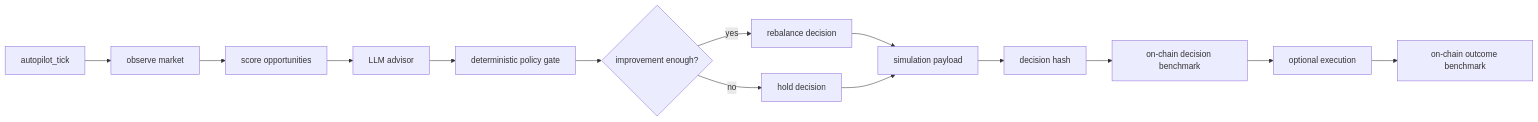
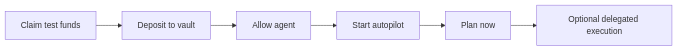
One commit to Gardenaz/agent changed the diagram in README.md. Above: the diagram before and after it, drawn with Mermaid. The commit also changed other lines of this file and 15 other files, not shown here.

First line of the commit message:
feat(autopilot): refactor to vault-native delegation model

````diff
--- a/README.md
+++ b/README.md
@@ -146,16 +46,8 @@
 ```mermaid
 flowchart LR
-    A[autopilot_tick] --> B[observe market]
-    B --> C[score opportunities]
-    C --> D[LLM advisor]
-    D --> E[deterministic policy gate]
-    E --> F{improvement enough?}
-    F -->|yes| G[rebalance decision]
-    F -->|no| H[hold decision]
-    G --> I[simulation payload]
-    H --> I
-    I --> J[decision hash]
-    J --> K[on-chain decision benchmark]
-    K --> L[optional execution]
-    L --> M[on-chain outcome benchmark]
+    A[Claim test funds] --> B[Deposit to vault]
+    B --> C[Allow agent]
+    C --> D[Start autopilot]
+    D --> E[Plan now]
+    E --> F[Optional delegated execution]
 ```
````
